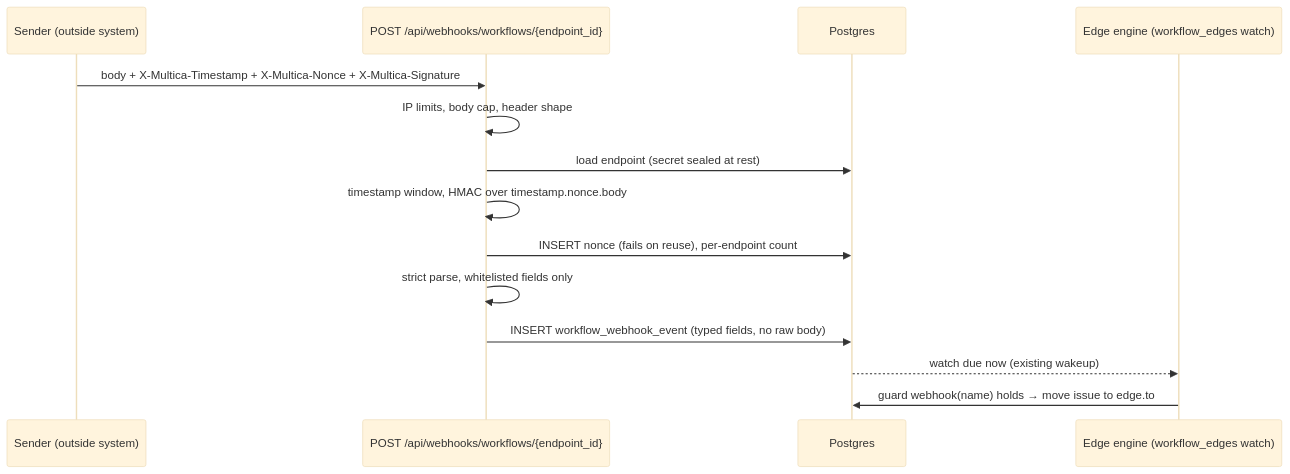
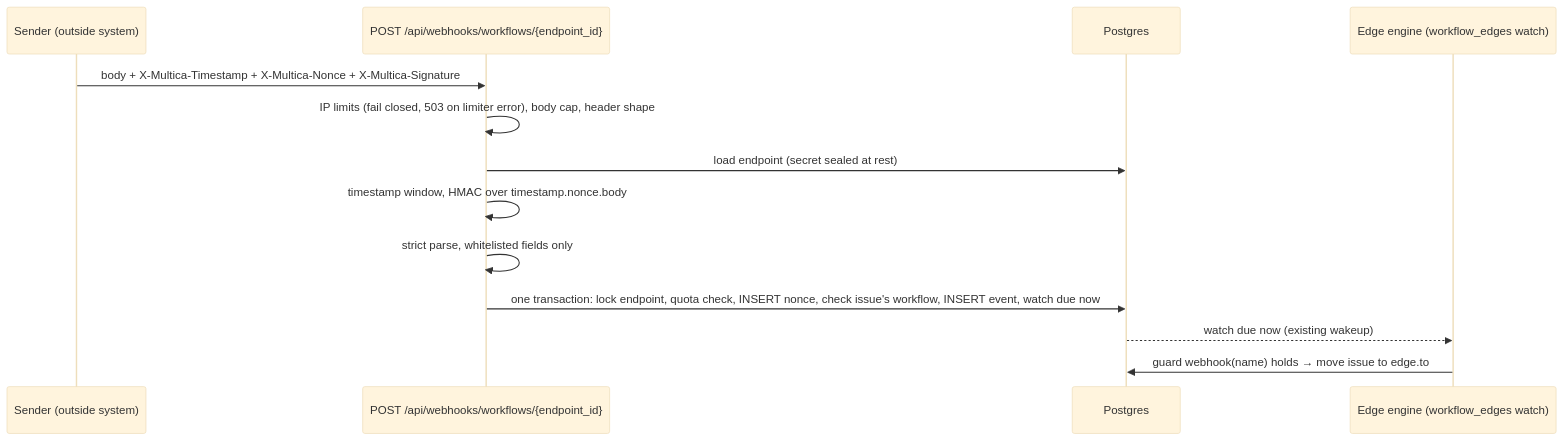
The diagram in docs/engineering/workflow-webhook-guard.md (cheese-work/multica), drawn with Mermaid (base theme) before and after one commit. The commit also changed other lines of this file, not shown here.

Commit message:
docs(workflow): close webhook spec review findings (CHE-2031)

````diff
--- a/docs/engineering/workflow-webhook-guard.md
+++ b/docs/engineering/workflow-webhook-guard.md
@@ -11,16 +11,15 @@
 ```mermaid
 sequenceDiagram
   participant S as Sender (outside system)
   participant E as POST /api/webhooks/workflows/{endpoint_id}
   participant D as Postgres
   participant G as Edge engine (workflow_edges watch)
   S->>E: body + X-Multica-Timestamp + X-Multica-Nonce + X-Multica-Signature
-  E->>E: IP limits, body cap, header shape
+  E->>E: IP limits (fail closed, 503 on limiter error), body cap, header shape
   E->>D: load endpoint (secret sealed at rest)
   E->>E: timestamp window, HMAC over timestamp.nonce.body
-  E->>D: INSERT nonce (fails on reuse), per-endpoint count
   E->>E: strict parse, whitelisted fields only
-  E->>D: INSERT workflow_webhook_event (typed fields, no raw body)
+  E->>D: one transaction: lock endpoint, quota check, INSERT nonce, check issue's workflow, INSERT event, watch due now
   D-->>G: watch due now (existing wakeup)
   G->>D: guard webhook(name) holds → move issue to edge.to
 ```
````
